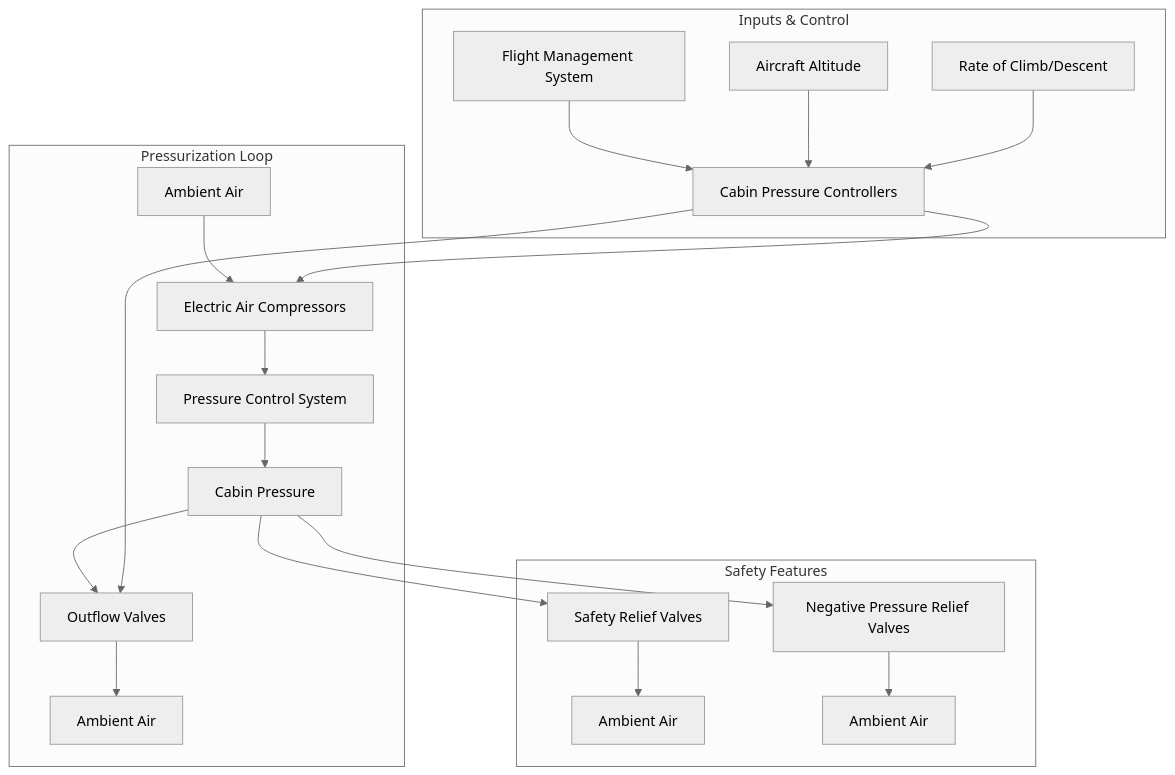
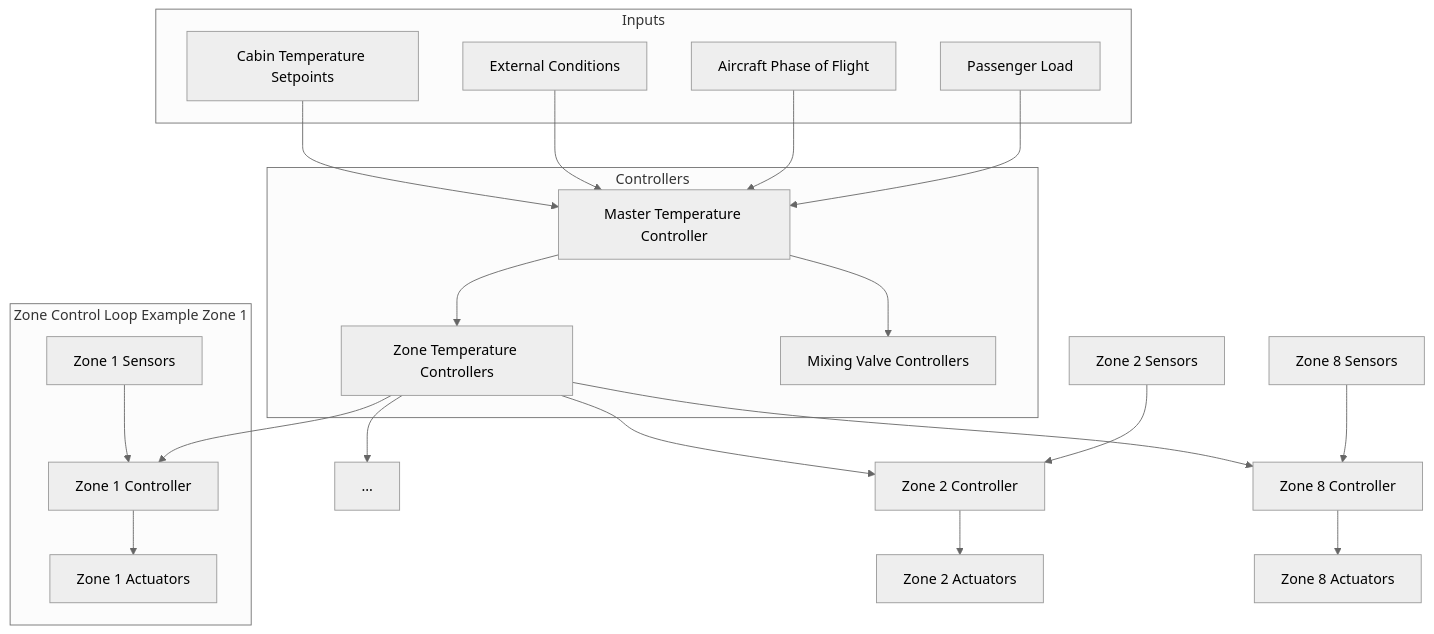
The eighth of 25 diagrams in GAIA-Platforms/Domains/AERO/CIVIL/ATA-CHAPTERS/21-00-00/GP-AM-AMPEL-0100-21-00-00-00-001-SPEC-A.md (Robbbo-T/GAIA-Platforms), drawn with Mermaid (neutral theme) before and after one commit. The commit also changed other lines of this file, not shown here.

````diff
--- a/GAIA-Platforms/Domains/AERO/CIVIL/ATA-CHAPTERS/21-00-00/GP-AM-AMPEL-0100-21-00-00-00-001-SPEC-A.md
+++ b/GAIA-Platforms/Domains/AERO/CIVIL/ATA-CHAPTERS/21-00-00/GP-AM-AMPEL-0100-21-00-00-00-001-SPEC-A.md
@@ -501,29 +436,41 @@
 ```mermaid
 graph TD
-    subgraph Inputs & Control
-        FMS[Flight Management System]
-        ALT[Aircraft Altitude]
-        ROC[Rate of Climb/Descent]
-        CPC[Cabin Pressure Controllers]
-        FMS --> CPC
-        ALT --> CPC
-        ROC --> CPC
+    subgraph Inputs
+        I1[Cabin Temperature Setpoints]
+        I2[External Conditions]
+        I3[Aircraft Phase of Flight]
+        I4[Passenger Load]
     end
 
-    subgraph Pressurization Loop
-        AA1[Ambient Air] --> EAC[Electric Air Compressors]
-        EAC --> PCS[Pressure Control System]
-        PCS --> CAB[Cabin Pressure]
-        CAB --> OFV[Outflow Valves]
-        OFV --> AA2[Ambient Air]
-        CPC --> EAC
-        CPC --> OFV
+    subgraph Controllers
+        MTC[Master Temperature Controller]
+        ZTC[Zone Temperature Controllers]
+        MVC[Mixing Valve Controllers]
+        MTC --> ZTC
+        MTC --> MVC
     end
 
-    subgraph Safety Features
-        CAB --> SRV[Safety Relief Valves]
-        SRV --> AA3[Ambient Air]
-        CAB --> NPRV[Negative Pressure Relief Valves]
-        NPRV --> AA4[Ambient Air]
+    subgraph Zone Control Loop Example Zone 1
+        ZC1[Zone 1 Controller]
+        ZS1[Zone 1 Sensors]
+        ZA1[Zone 1 Actuators]
+        ZC1 --> ZA1
+        ZS1 --> ZC1
     end
+
+    ZTC --> ZC1
+    ZTC --> ZC2[Zone 2 Controller]
+    ZTC --> ZC3[...]
+    ZTC --> ZC8[Zone 8 Controller]
+
+    ZC2 --> ZA2[Zone 2 Actuators]
+    ZC8 --> ZA8[Zone 8 Actuators]
+    ZS2[Zone 2 Sensors] --> ZC2
+    ZS8[Zone 8 Sensors] --> ZC8
+
+    %% Link individual inputs to MTC instead of the subgraph
+    I1 --> MTC
+    I2 --> MTC
+    I3 --> MTC
+    I4 --> MTC
 ```
````
